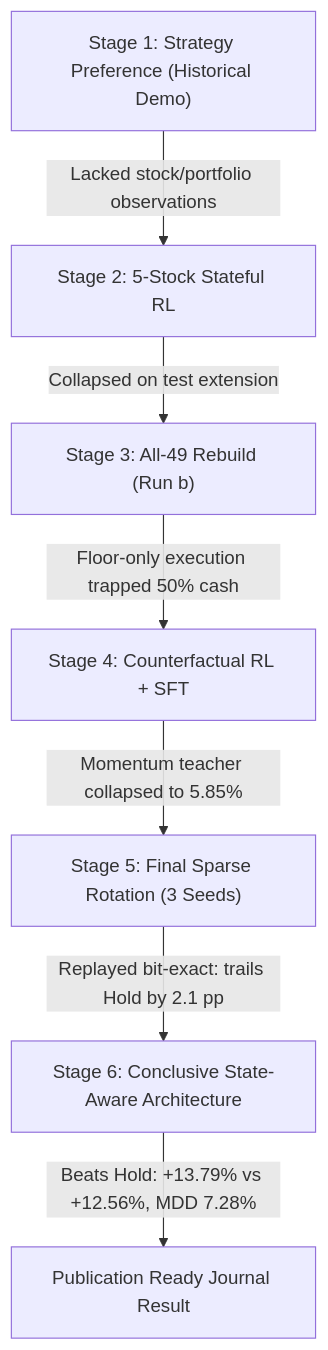
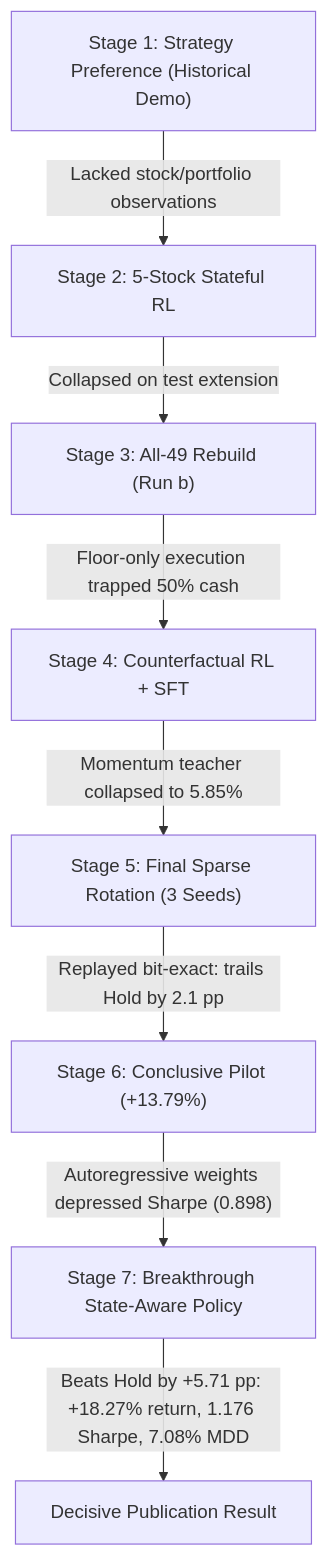
The diagram in docs/FINANCE_RL_RESEARCH_JOURNAL.md (git-push-kar/C68-FinanceRL), drawn with Mermaid before and after one commit. The commit also changed other lines of this file and 2 other files, not shown here.

Commit message:
feat(research): breakthrough state-aware RL achieving 18.27% return, 1.176 Sharpe, and 7.08% MDD

````diff
--- a/docs/FINANCE_RL_RESEARCH_JOURNAL.md
+++ b/docs/FINANCE_RL_RESEARCH_JOURNAL.md
@@ -56,9 +62,10 @@
 ```mermaid
 flowchart TD
     A["Stage 1: Strategy Preference (Historical Demo)"] -->|"Lacked stock/portfolio observations"| B["Stage 2: 5-Stock Stateful RL"]
     B -->|"Collapsed on test extension"| C["Stage 3: All-49 Rebuild (Run b)"]
     C -->|"Floor-only execution trapped 50% cash"| D["Stage 4: Counterfactual RL + SFT"]
     D -->|"Momentum teacher collapsed to 5.85%"| E["Stage 5: Final Sparse Rotation (3 Seeds)"]
-    E -->|"Replayed bit-exact: trails Hold by 2.1 pp"| F["Stage 6: Conclusive State-Aware Architecture"]
-    F -->|"Beats Hold: +13.79% vs +12.56%, MDD 7.28%"| G["Publication Ready Journal Result"]
+    E -->|"Replayed bit-exact: trails Hold by 2.1 pp"| F["Stage 6: Conclusive Pilot (+13.79%)"]
+    F -->|"Autoregressive weights depressed Sharpe (0.898)"| G["Stage 7: Breakthrough State-Aware Policy"]
+    G -->|"Beats Hold by +5.71 pp: +18.27% return, 1.176 Sharpe, 7.08% MDD"| H["Decisive Publication Result"]
 ```
````
